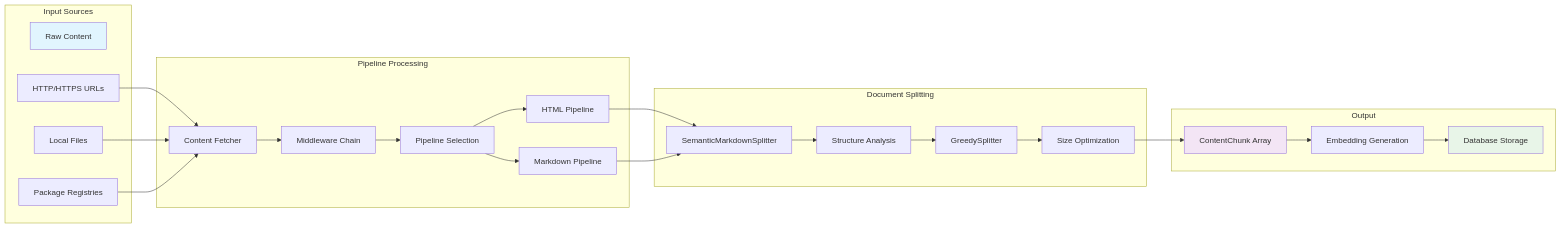
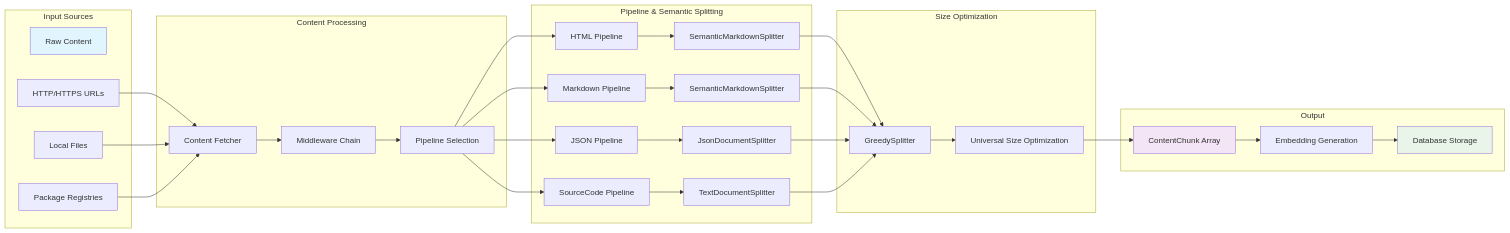
The diagram in docs/content-processing.md (arabold/docs-mcp-server), drawn with Mermaid before and after one commit. The commit also changed other lines of this file and 20 other files, not shown here.

First line of the commit message:
feat(splitters): introduce JsonDocumentSplitter and PassThroughSplitter

````diff
--- a/docs/content-processing.md
+++ b/docs/content-processing.md
@@ -110,50 +124,57 @@
 ```mermaid
 graph LR
     subgraph "Input Sources"
         A[Raw Content]
         A1[HTTP/HTTPS URLs]
         A2[Local Files]
         A3[Package Registries]
     end
 
-    subgraph "Pipeline Processing"
+    subgraph "Content Processing"
         B[Content Fetcher]
         C[Middleware Chain]
         D[Pipeline Selection]
-        E[HTML Pipeline]
-        F[Markdown Pipeline]
     end
 
-    subgraph "Document Splitting"
-        G[SemanticMarkdownSplitter]
-        H[Structure Analysis]
-        I[GreedySplitter]
-        J[Size Optimization]
+    subgraph "Pipeline & Semantic Splitting"
+        E[HTML Pipeline] --> E1[SemanticMarkdownSplitter]
+        F[Markdown Pipeline] --> F1[SemanticMarkdownSplitter]
+        G[JSON Pipeline] --> G1[JsonDocumentSplitter]
+        H[SourceCode Pipeline] --> H1[TextDocumentSplitter]
+    end
+
+    subgraph "Size Optimization"
+        J[GreedySplitter]
+        K[Universal Size Optimization]
     end
 
     subgraph "Output"
-        K[ContentChunk Array]
-        L[Embedding Generation]
-        M[Database Storage]
+        L[ContentChunk Array]
+        M[Embedding Generation]
+        N[Database Storage]
     end
 
     A1 --> B
     A2 --> B
     A3 --> B
     B --> C
     C --> D
     D --> E
     D --> F
-    E --> G
-    F --> G
-    G --> H
-    H --> I
-    I --> J
+    D --> G
+    D --> H
+
+    E1 --> J
+    F1 --> J
+    G1 --> J
+    H1 --> J
+
     J --> K
     K --> L
     L --> M
+    M --> N
 
     style A fill:#e1f5fe
-    style K fill:#f3e5f5
-    style M fill:#e8f5e8
+    style L fill:#f3e5f5
+    style N fill:#e8f5e8
 ```
````
